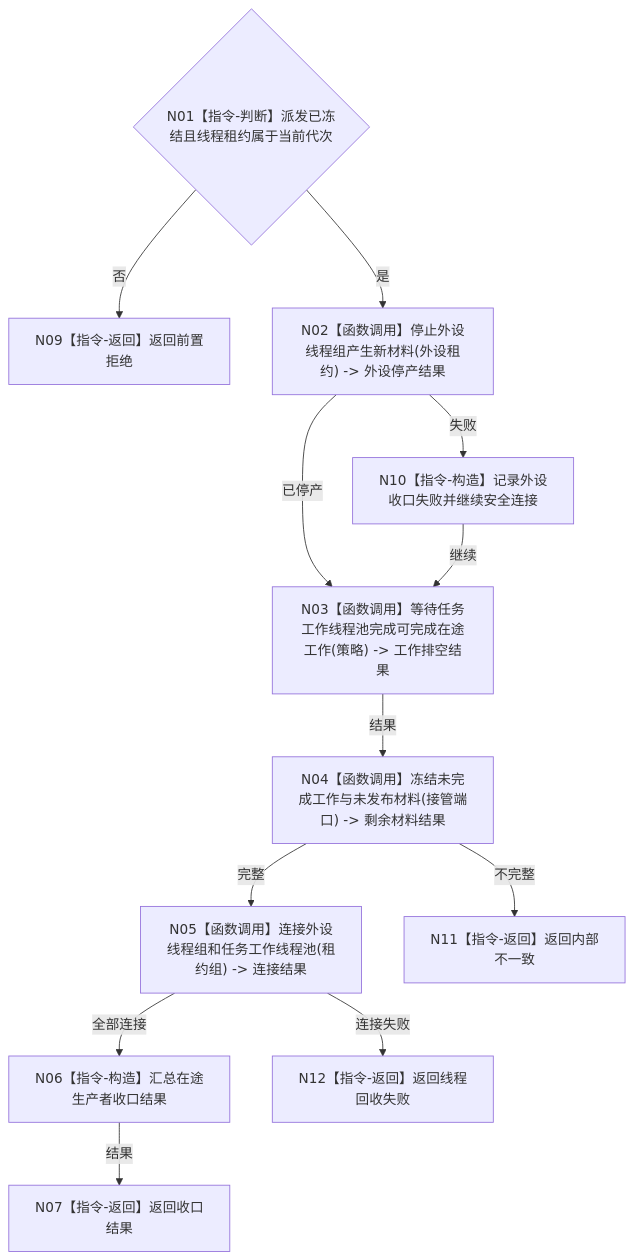
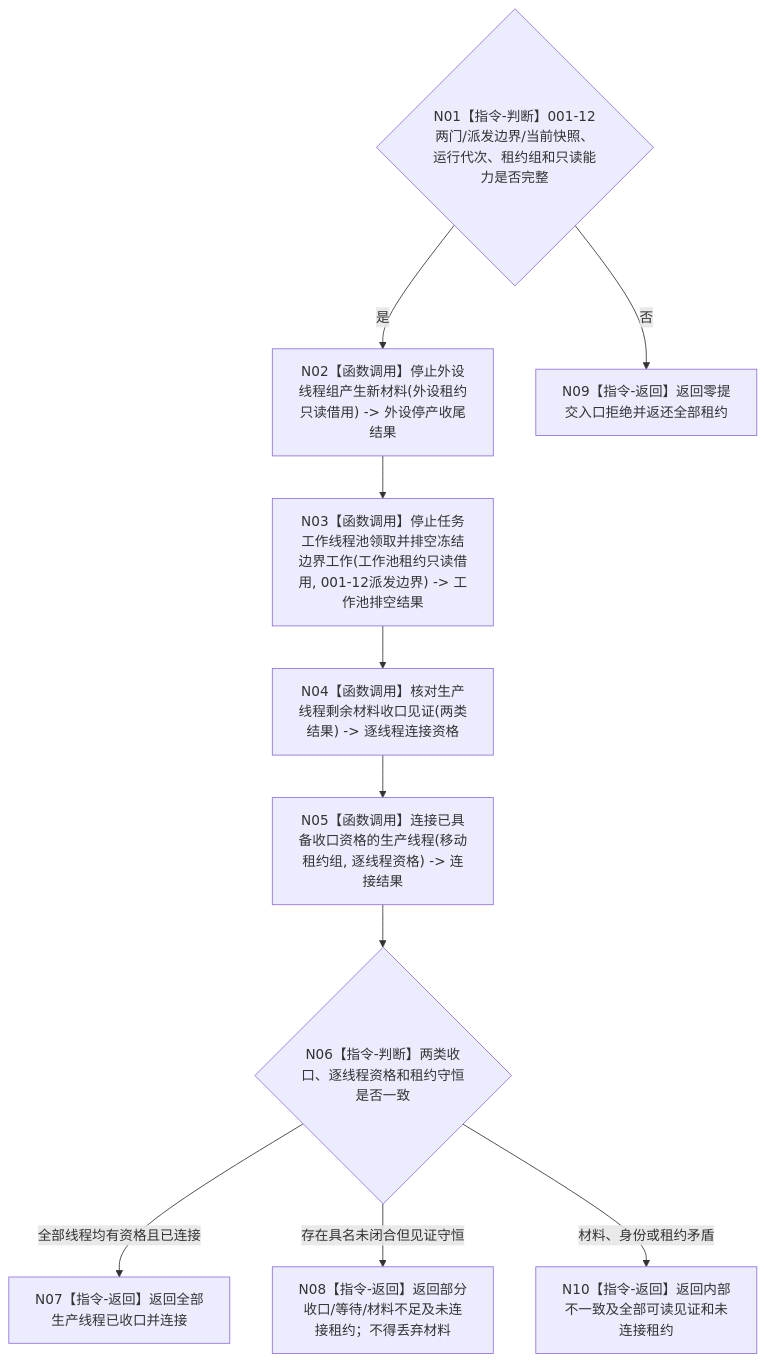
The diagram in 流程图/目标业务流程图/L2/BIZ-L2-001-13_收口并连接外设线程组与任务工作线程池_目标函数流程图_v0.1.md (chunhaizh-cyber/HY-Ego), drawn with Mermaid before and after one commit. The commit also changed other lines of this file and 28 other files, not shown here.

````diff
--- a/流程图/目标业务流程图/L2/BIZ-L2-001-13_收口并连接外设线程组与任务工作线程池_目标函数流程图_v0.1.md
+++ b/流程图/目标业务流程图/L2/BIZ-L2-001-13_收口并连接外设线程组与任务工作线程池_目标函数流程图_v0.1.md
@@ -29,14 +31,19 @@
 ```mermaid
 flowchart TD
-    N01{"N01【指令-判断】派发已冻结且线程租约属于当前代次"} -->|否| N09["N09【指令-返回】返回前置拒绝"]
-    N01 -->|是| N02["N02【函数调用】停止外设线程组产生新材料(外设租约) -> 外设停产结果"]
-    N02 -->|已停产| N03["N03【函数调用】等待任务工作线程池完成可完成在途工作(策略) -> 工作排空结果"]
-    N02 -->|失败| N10["N10【指令-构造】记录外设收口失败并继续安全连接"]
-    N10 -->|继续| N03
-    N03 -->|结果| N04["N04【函数调用】冻结未完成工作与未发布材料(接管端口) -> 剩余材料结果"]
-    N04 -->|完整| N05["N05【函数调用】连接外设线程组和任务工作线程池(租约组) -> 连接结果"]
-    N04 -->|不完整| N11["N11【指令-返回】返回内部不一致"]
-    N05 -->|全部连接| N06["N06【指令-构造】汇总在途生产者收口结果"]
-    N05 -->|连接失败| N12["N12【指令-返回】返回线程回收失败"]
-    N06 -->|结果| N07["N07【指令-返回】返回收口结果"]
+    N01{"N01【指令-判断】001-12两门/派发边界/当前快照、运行代次、租约组和只读能力是否完整"}
+    N02["N02【函数调用】停止外设线程组产生新材料(外设租约只读借用) -> 外设停产收尾结果"]
+    N03["N03【函数调用】停止任务工作线程池领取并排空冻结边界工作(工作池租约只读借用, 001-12派发边界) -> 工作池排空结果"]
+    N04["N04【函数调用】核对生产线程剩余材料收口见证(两类结果) -> 逐线程连接资格"]
+    N05["N05【函数调用】连接已具备收口资格的生产线程(移动租约组, 逐线程资格) -> 连接结果"]
+    N06{"N06【指令-判断】两类收口、逐线程资格和租约守恒是否一致"}
+    N07["N07【指令-返回】返回全部生产线程已收口并连接"]
+    N08["N08【指令-返回】返回部分收口/等待/材料不足及未连接租约；不得丢弃材料"]
+    N09["N09【指令-返回】返回零提交入口拒绝并返还全部租约"]
+    N10["N10【指令-返回】返回内部不一致及全部可读见证和未连接租约"]
+
+    N01 -->|否| N09
+    N01 -->|是| N02 --> N03 --> N04 --> N05 --> N06
+    N06 -->|全部线程均有资格且已连接| N07
+    N06 -->|存在具名未闭合但见证守恒| N08
+    N06 -->|材料、身份或租约矛盾| N10
 ```
````
